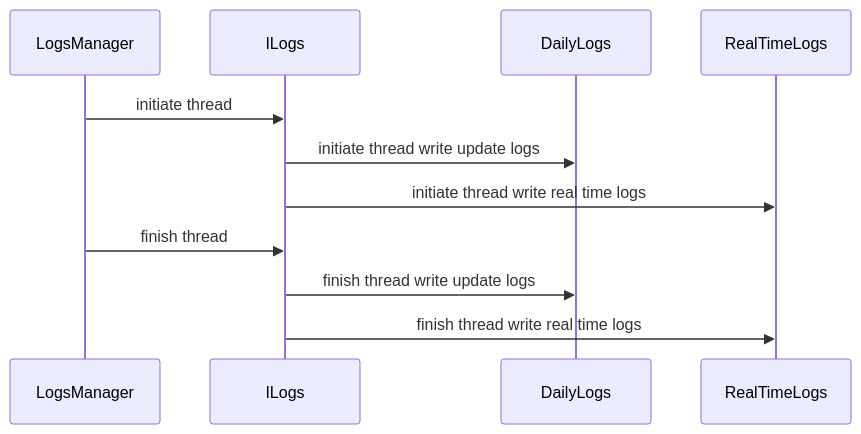
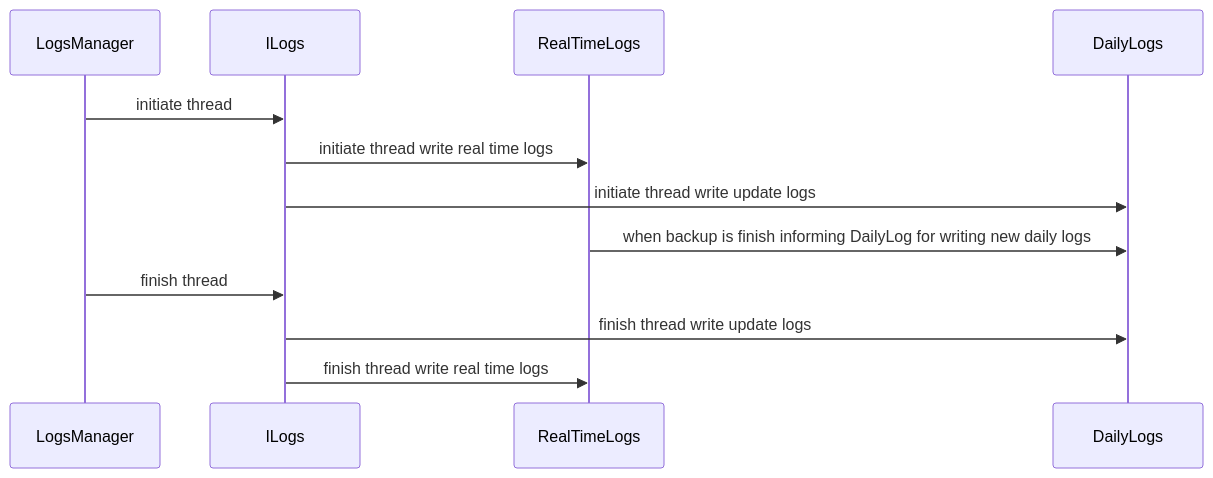
The diagram in DiagSequences/DiagSequenceLogs.md (mboss7/CesiProgSys), drawn with Mermaid before and after one commit.

Commit message:
maj sequence diag daily log and realtime seuqnece

````diff
--- a/DiagSequences/DiagSequenceLogs.md
+++ b/DiagSequences/DiagSequenceLogs.md
@@ -3,9 +3,10 @@
 ```mermaid
 sequenceDiagram
     LogsManager->>ILogs : initiate thread
+    ILogs->>RealTimeLogs : initiate thread write real time logs 
     ILogs->>DailyLogs : initiate thread write update logs 
-    ILogs->>RealTimeLogs : initiate thread write real time logs 
+    RealTimeLogs->>DailyLogs : when backup is finish informing DailyLog for writing new daily logs 
     LogsManager->>ILogs : finish thread
     ILogs->>DailyLogs : finish thread write update logs 
     ILogs->>RealTimeLogs : finish thread write real time logs 
 ```
````
